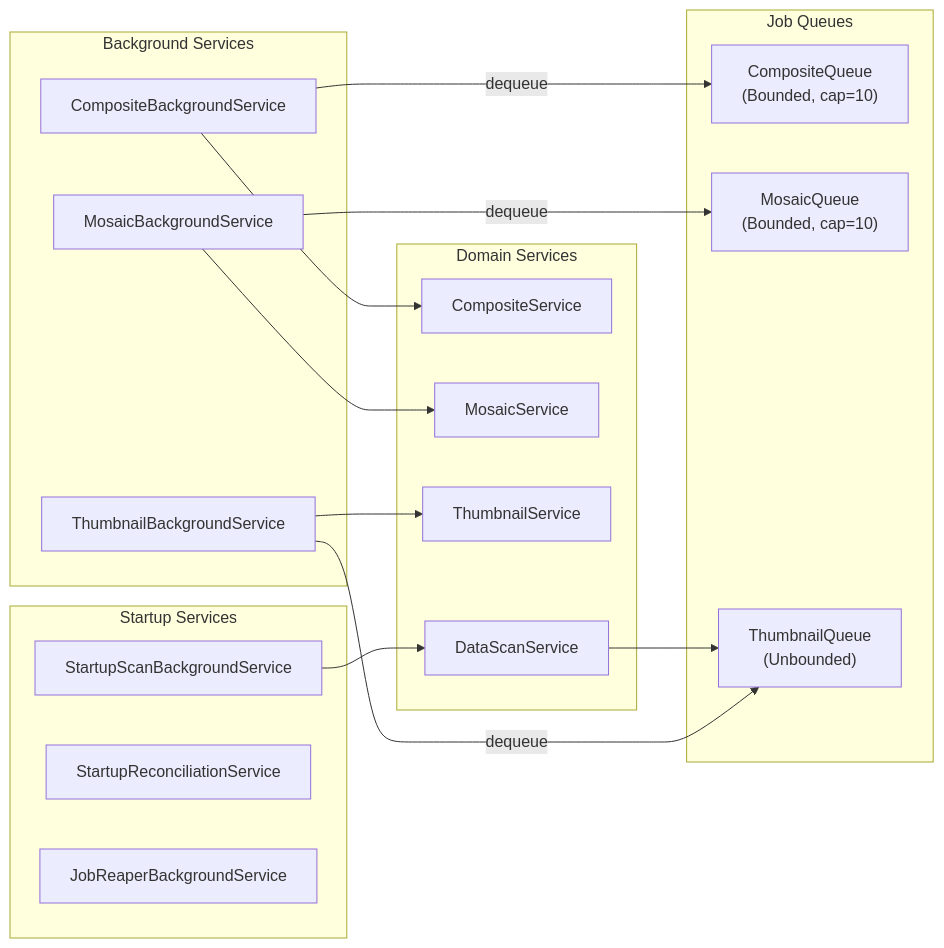
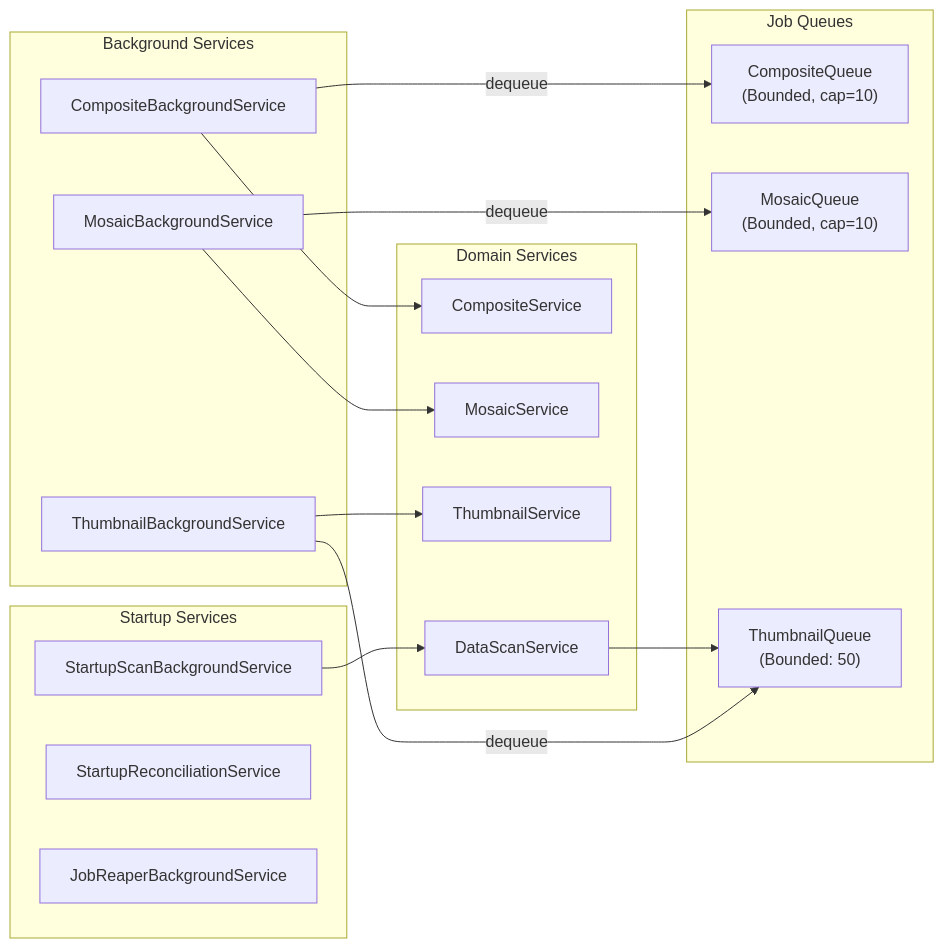
One commit to Snoww3d/jwst-data-analysis changed the second of 3 diagrams in docs/architecture/backend-service-layer.md. Above: the diagram before and after it, drawn with Mermaid. The commit also changed 15 other files, not shown here.

First line of the commit message:
fix: bound thumbnail queue with async back-pressure (#1986)

````diff
--- a/docs/architecture/backend-service-layer.md
+++ b/docs/architecture/backend-service-layer.md
@@ -56,37 +56,37 @@
 ```mermaid
 flowchart LR
     subgraph Queues["Job Queues"]
         CompositeQ["CompositeQueue\n(Bounded, cap=10)"]
         MosaicQ["MosaicQueue\n(Bounded, cap=10)"]
-        ThumbnailQ["ThumbnailQueue\n(Unbounded)"]
+        ThumbnailQ["ThumbnailQueue\n(Bounded: 50)"]
     end
 
     subgraph Workers["Background Services"]
         CompositeBg["CompositeBackgroundService"]
         MosaicBg["MosaicBackgroundService"]
         ThumbnailBg["ThumbnailBackgroundService"]
     end
 
     subgraph Startup["Startup Services"]
         StartupScanBg["StartupScanBackgroundService"]
         ReconcileBg["StartupReconciliationService"]
         ReaperBg["JobReaperBackgroundService"]
     end
 
     subgraph DomainSvc["Domain Services"]
         CompositeSvc["CompositeService"]
         MosaicSvc["MosaicService"]
         ThumbnailSvc["ThumbnailService"]
         DataScanSvc["DataScanService"]
     end
 
     CompositeBg -->|dequeue| CompositeQ
     CompositeBg --> CompositeSvc
     MosaicBg -->|dequeue| MosaicQ
     MosaicBg --> MosaicSvc
     ThumbnailBg -->|dequeue| ThumbnailQ
     ThumbnailBg --> ThumbnailSvc
 
     StartupScanBg --> DataScanSvc
     DataScanSvc --> ThumbnailQ
 ```
````
